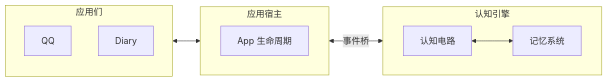
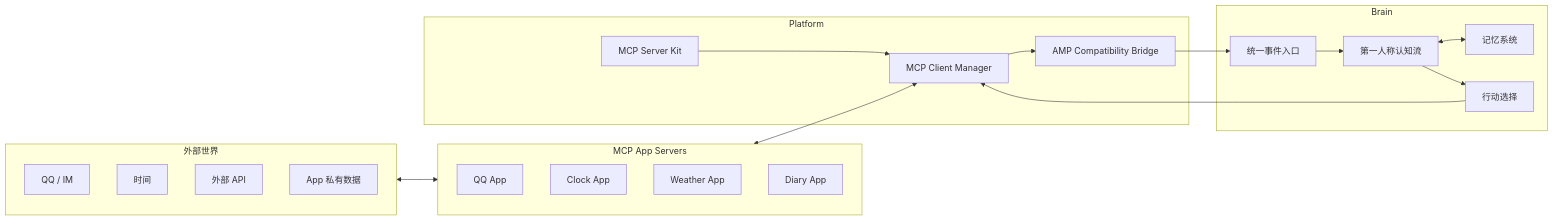
The diagram in start/overview.md (AuroraBot-Dev/docs), drawn with Mermaid before and after one commit. The commit also changed other lines of this file and 26 other files, not shown here.

````diff
--- a/start/overview.md
+++ b/start/overview.md
@@ -29,22 +33,36 @@
 ```mermaid
 flowchart LR
-    subgraph APPS["应用们"]
-        QQ["QQ"]
-        DIARY["Diary"]
+    subgraph WORLD["外部世界"]
+        QQ["QQ / IM"]
+        CLOCK["时间"]
+        API["外部 API"]
+        FILES["App 私有数据"]
     end
 
-    subgraph RUN["应用宿主"]
-        direction LR
-        HOST["App 生命周期"]
+    subgraph APPS["MCP App Servers"]
+        QQAPP["QQ App"]
+        CLOCKAPP["Clock App"]
+        WEATHER["Weather App"]
+        DIARY["Diary App"]
     end
 
-    subgraph NODES["认知引擎"]
-        direction LR
-        A["认知电路"]
-        B["记忆系统"]
+    subgraph PLATFORM["Platform"]
+        KIT["MCP Server Kit"]
+        CLIENT["MCP Client Manager"]
+        BRIDGE["AMP Compatibility Bridge"]
     end
 
-    APPS <--> HOST
-    HOST <--"事件桥"--> A
-    A <--> B
+    subgraph BRAIN["Brain"]
+        EVENT["统一事件入口"]
+        SELF["第一人称认知流"]
+        MEMORY["记忆系统"]
+        ACTION["行动选择"]
+    end
+
+    WORLD <--> APPS
+    APPS <--> CLIENT
+    KIT --> CLIENT
+    CLIENT --> BRIDGE --> EVENT
+    EVENT --> SELF <--> MEMORY
+    SELF --> ACTION --> CLIENT
 ```
````
